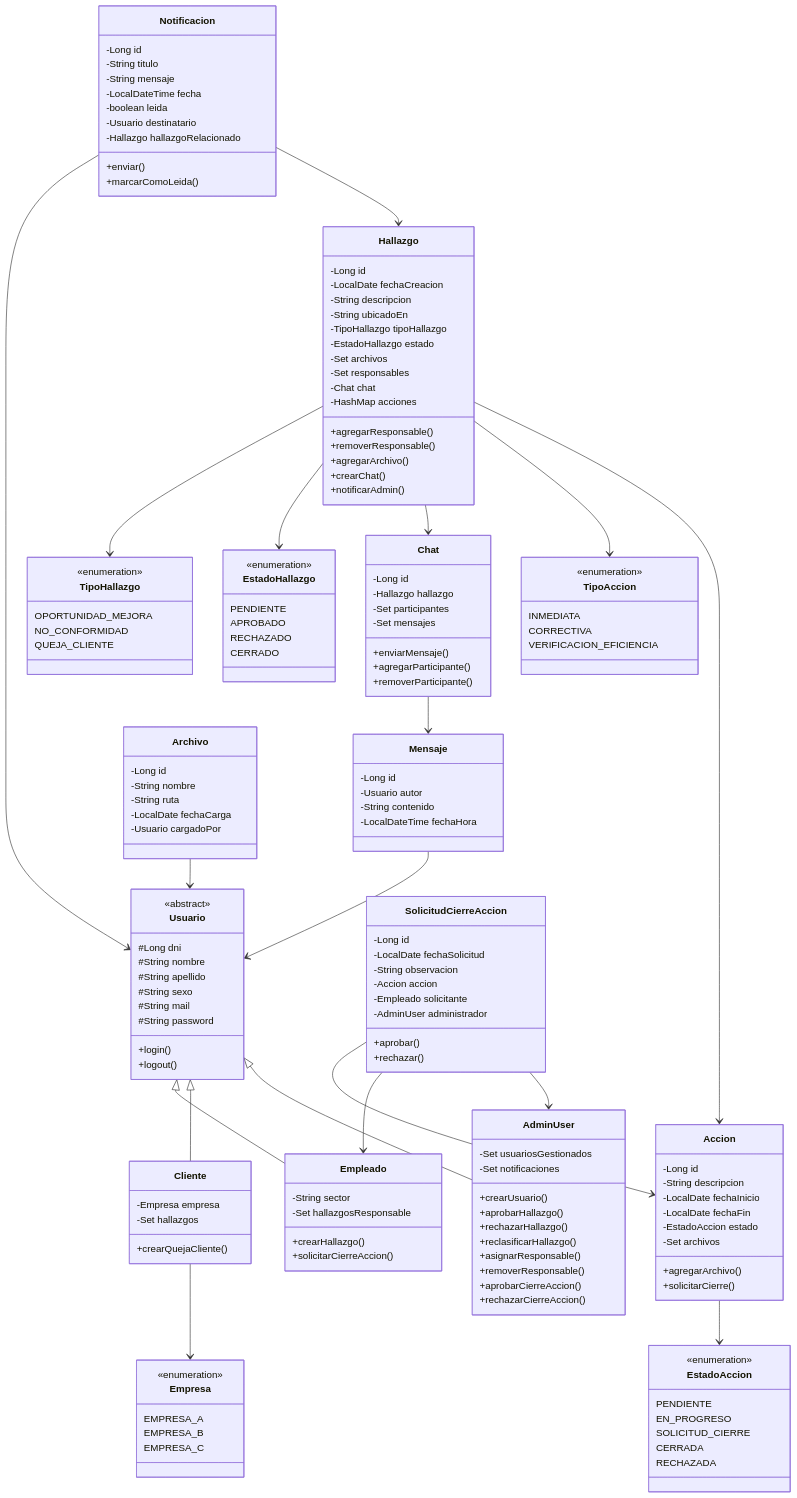
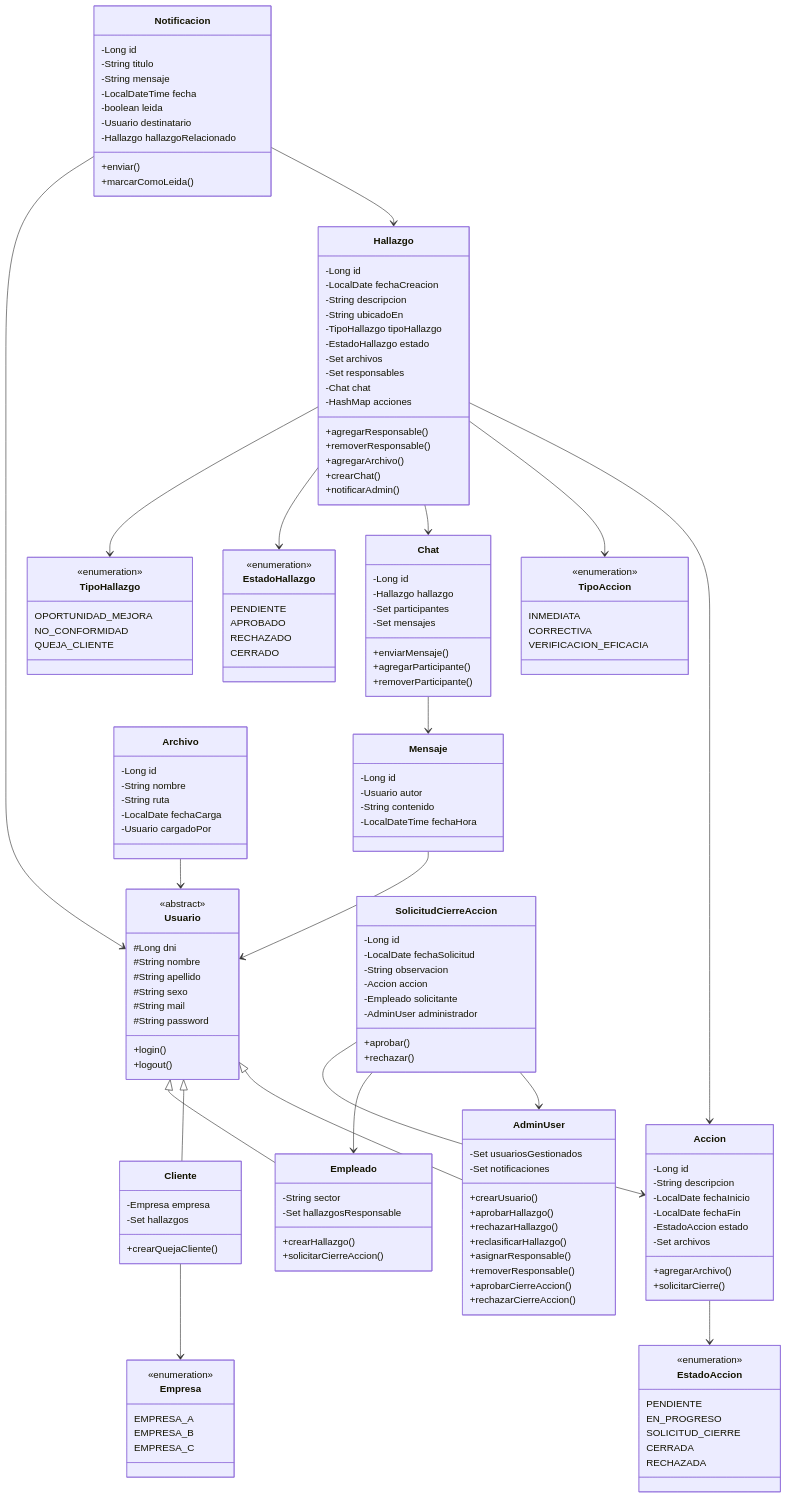
The diagram in diagrama_clase.md (MirkoDiosquez/ProyectoDaltec), drawn with Mermaid before and after one commit. The commit also changed 30 other files, not shown here.

```diff
--- a/diagrama_clase.md
+++ b/diagrama_clase.md
@@ -159,7 +159,7 @@
 
     INMEDIATA
     CORRECTIVA
-    VERIFICACION_EFICIENCIA
+    VERIFICACION_EFICACIA
 }
 
 class EstadoAccion {
```
